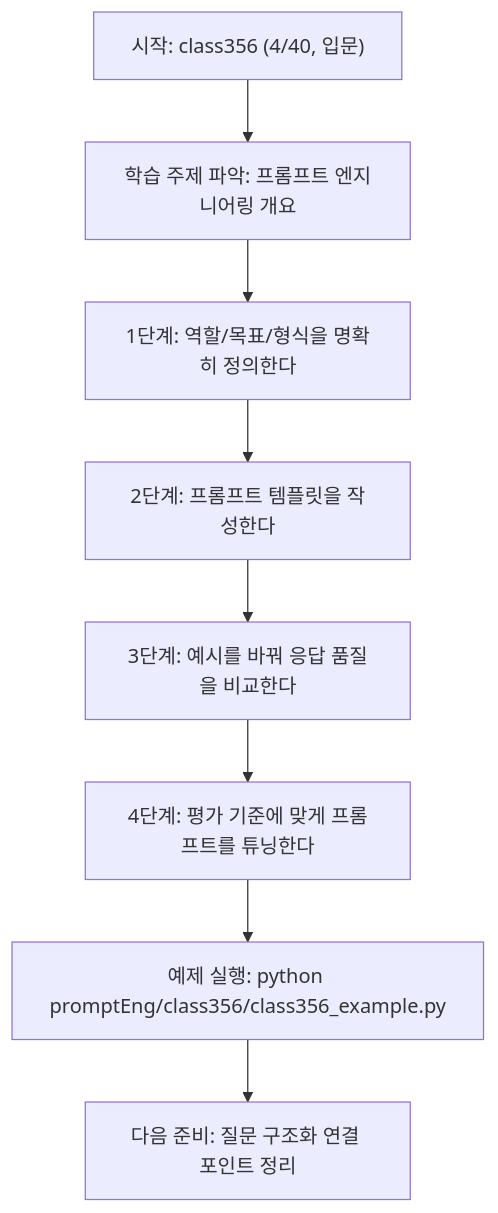
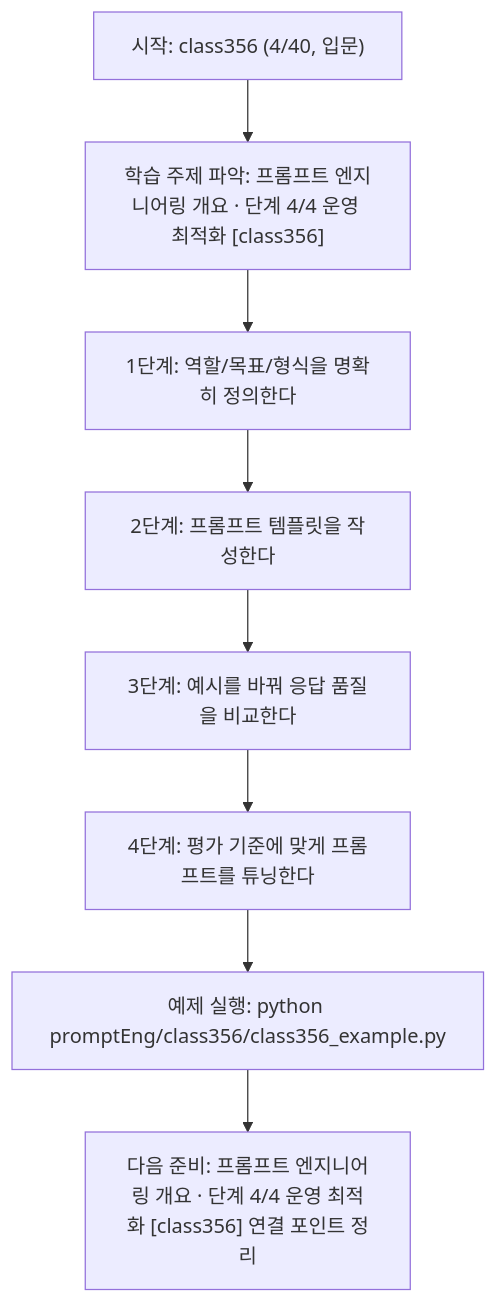
The diagram in promptEng/class356/class356.md (edumgt/Python-AI_Agent-Class), drawn with Mermaid before and after one commit. The commit also changed other lines of this file and 522 other files, not shown here.

````diff
--- a/promptEng/class356/class356.md
+++ b/promptEng/class356/class356.md
@@ -109,18 +110,18 @@
 ```mermaid
 flowchart TD
 N1["시작: class356 (4/40, 입문)"]
-N2["학습 주제 파악: 프롬프트 엔지니어링 개요"]
+N2["학습 주제 파악: 프롬프트 엔지니어링 개요 · 단계 4/4 운영 최적화 [class356]"]
 N3["1단계: 역할/목표/형식을 명확히 정의한다"]
 N4["2단계: 프롬프트 템플릿을 작성한다"]
 N5["3단계: 예시를 바꿔 응답 품질을 비교한다"]
 N6["4단계: 평가 기준에 맞게 프롬프트를 튜닝한다"]
 N7["예제 실행: python promptEng/class356/class356_example.py"]
-N8["다음 준비: 질문 구조화 연결 포인트 정리"]
+N8["다음 준비: 프롬프트 엔지니어링 개요 · 단계 4/4 운영 최적화 [class356] 연결 포인트 정리"]
 N1 --> N2
 N2 --> N3
 N3 --> N4
 N4 --> N5
 N5 --> N6
 N6 --> N7
 N7 --> N8
 ```
````
